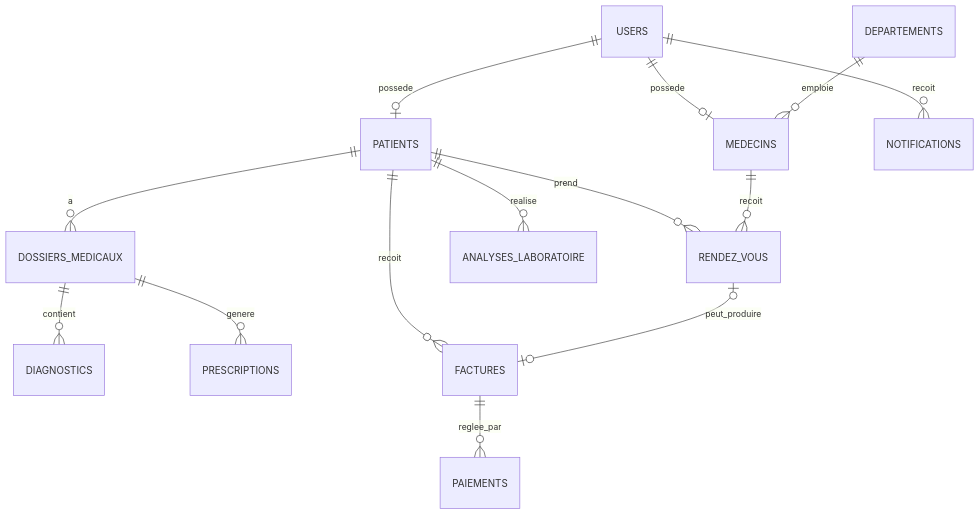
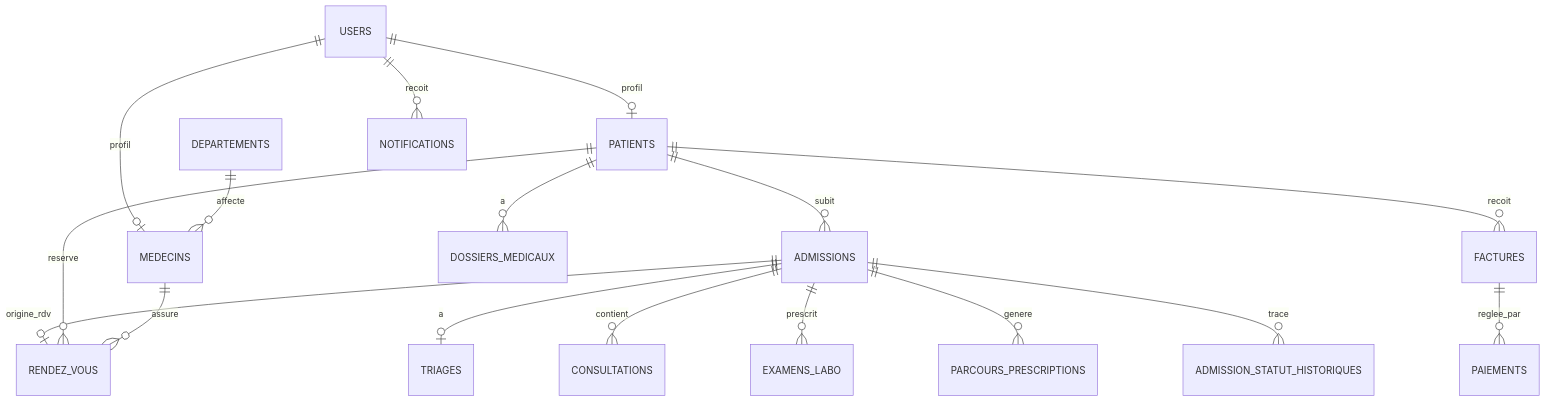
The sixth of 9 diagrams in docs/CHAPITRE_3_ANALYSE_CONCEPTION.md (Exauce09/TFC-ENGWELE), drawn with Mermaid before and after one commit. The commit also changed other lines of this file and 87 other files, not shown here.

First line of the commit message:
Finaliser le parcours arrivee-traitement, RDV creneaux/rappels, et Chapitre III Word.

````diff
--- a/docs/CHAPITRE_3_ANALYSE_CONCEPTION.md
+++ b/docs/CHAPITRE_3_ANALYSE_CONCEPTION.md
@@ -276,16 +355,19 @@
 ```mermaid
 erDiagram
-    USERS ||--o| PATIENTS : possede
-    USERS ||--o| MEDECINS : possede
-    DEPARTEMENTS ||--o{ MEDECINS : emploie
-    PATIENTS ||--o{ RENDEZ_VOUS : prend
-    MEDECINS ||--o{ RENDEZ_VOUS : recoit
-    PATIENTS ||--o{ DOSSIERS_MEDICAUX : a
-    DOSSIERS_MEDICAUX ||--o{ DIAGNOSTICS : contient
-    DOSSIERS_MEDICAUX ||--o{ PRESCRIPTIONS : genere
-    PATIENTS ||--o{ ANALYSES_LABORATOIRE : realise
-    PATIENTS ||--o{ FACTURES : recoit
-    FACTURES ||--o{ PAIEMENTS : reglee_par
-    USERS ||--o{ NOTIFICATIONS : recoit
-    RENDEZ_VOUS |o--o| FACTURES : peut_produire
+  USERS ||--o| PATIENTS : profil
+  USERS ||--o| MEDECINS : profil
+  DEPARTEMENTS ||--o{ MEDECINS : affecte
+  PATIENTS ||--o{ ADMISSIONS : subit
+  ADMISSIONS ||--o| RENDEZ_VOUS : origine_rdv
+  ADMISSIONS ||--o| TRIAGES : a
+  ADMISSIONS ||--o{ CONSULTATIONS : contient
+  ADMISSIONS ||--o{ EXAMENS_LABO : prescrit
+  ADMISSIONS ||--o{ PARCOURS_PRESCRIPTIONS : genere
+  ADMISSIONS ||--o{ ADMISSION_STATUT_HISTORIQUES : trace
+  PATIENTS ||--o{ RENDEZ_VOUS : reserve
+  MEDECINS ||--o{ RENDEZ_VOUS : assure
+  PATIENTS ||--o{ DOSSIERS_MEDICAUX : a
+  PATIENTS ||--o{ FACTURES : recoit
+  FACTURES ||--o{ PAIEMENTS : reglee_par
+  USERS ||--o{ NOTIFICATIONS : recoit
 ```
````
